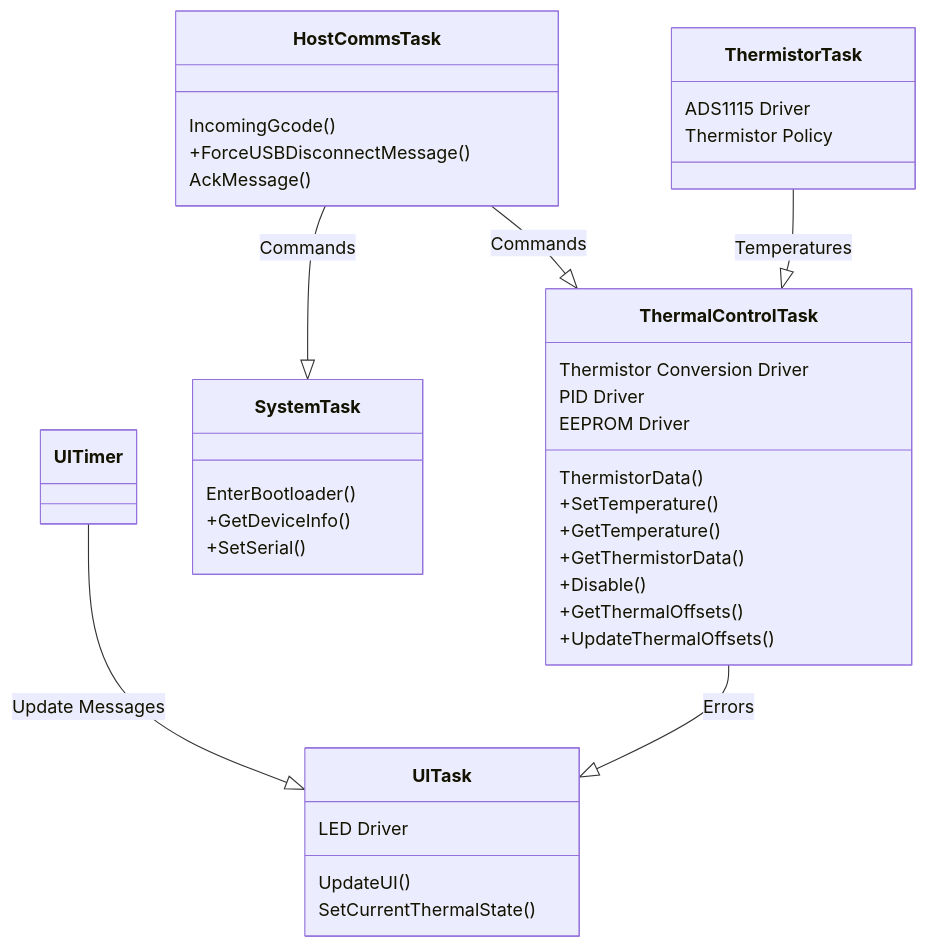
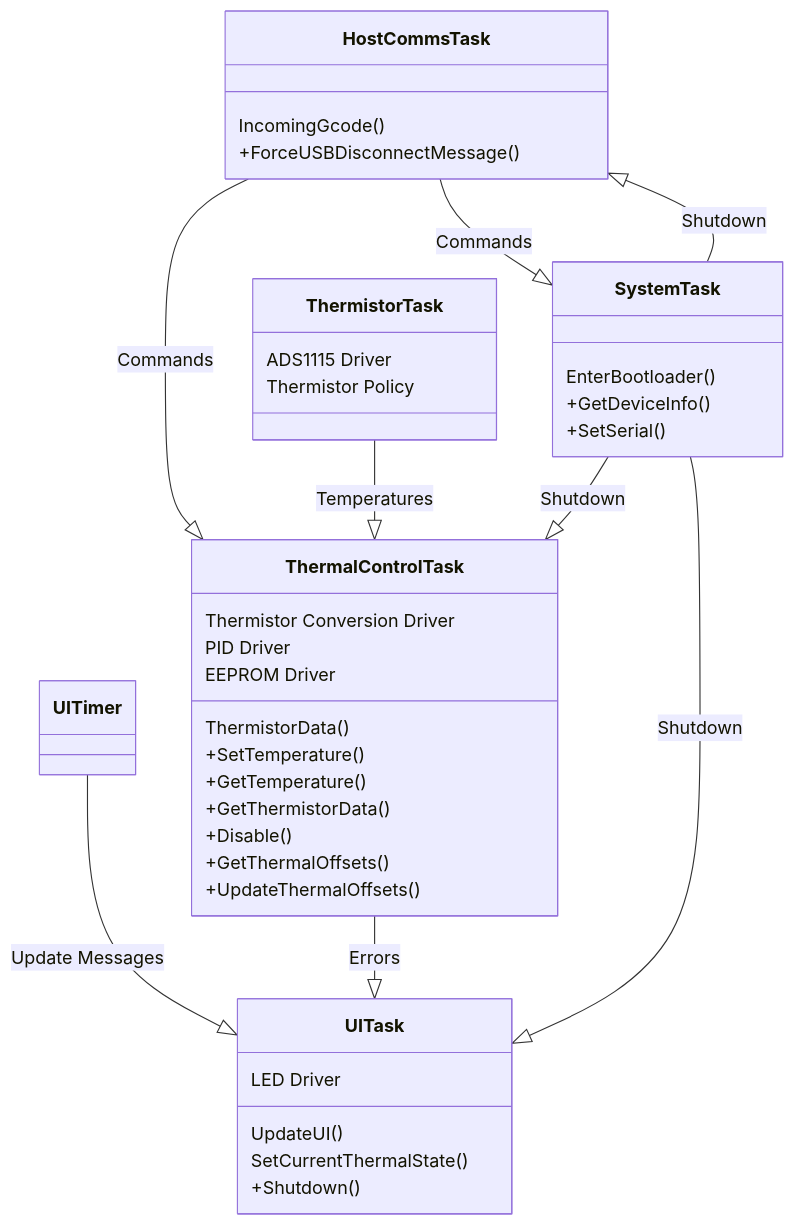
Before and after one commit to Opentrons/opentrons-modules: the second of 2 diagrams in stm32-modules/tempdeck-gen3/firmware/README.md, drawn with Mermaid.

Commit message:
Added shutdown messages

````diff
--- a/stm32-modules/tempdeck-gen3/firmware/README.md
+++ b/stm32-modules/tempdeck-gen3/firmware/README.md
@@ -79,44 +79,47 @@
 ```mermaid
 classDiagram
     class HostCommsTask {
         IncomingGcode()
         +ForceUSBDisconnectMessage()
-        AckMessage()
     }
 
     class UITimer
 
     class UITask {
         LED Driver
         UpdateUI()
         SetCurrentThermalState()
+        +Shutdown()
     }
 
     class SystemTask{
         EnterBootloader()
         +GetDeviceInfo()
         +SetSerial()
     }
     class ThermistorTask{
         ADS1115 Driver
         Thermistor Policy
     }
     class ThermalControlTask {
         Thermistor Conversion Driver
         PID Driver
         EEPROM Driver
         ThermistorData()
         +SetTemperature()
         +GetTemperature()
         +GetThermistorData()
         +Disable()
         +GetThermalOffsets()
         +UpdateThermalOffsets()
     }
 
     HostCommsTask --|> SystemTask : Commands
     HostCommsTask --|> ThermalControlTask : Commands
     ThermistorTask --|> ThermalControlTask : Temperatures
     UITimer --|> UITask : Update Messages
     ThermalControlTask --|> UITask : Errors
+    SystemTask --|> HostCommsTask : Shutdown
+    SystemTask --|> ThermalControlTask : Shutdown
+    SystemTask --|> UITask : Shutdown
 ```
````
